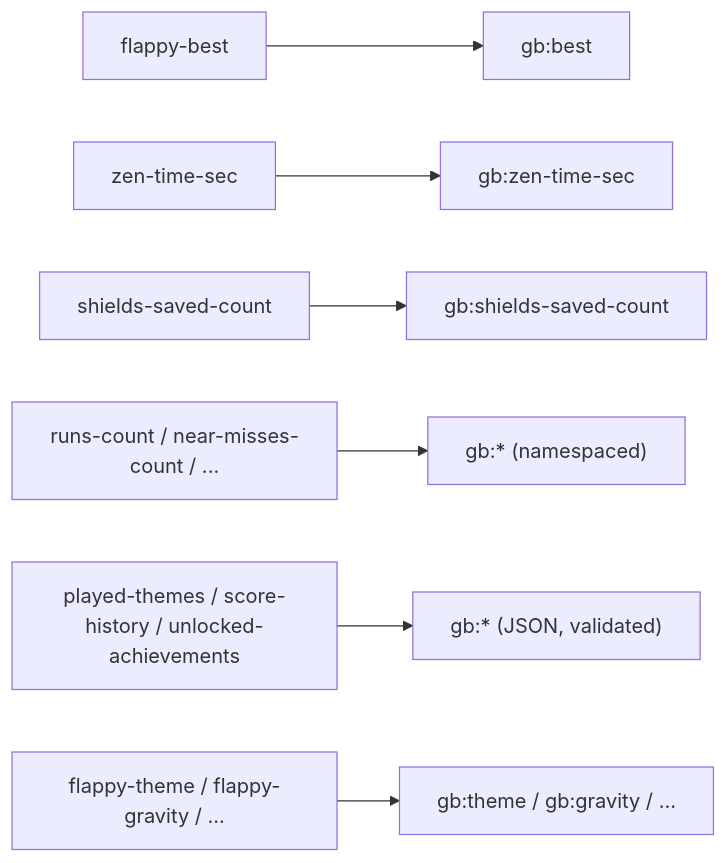
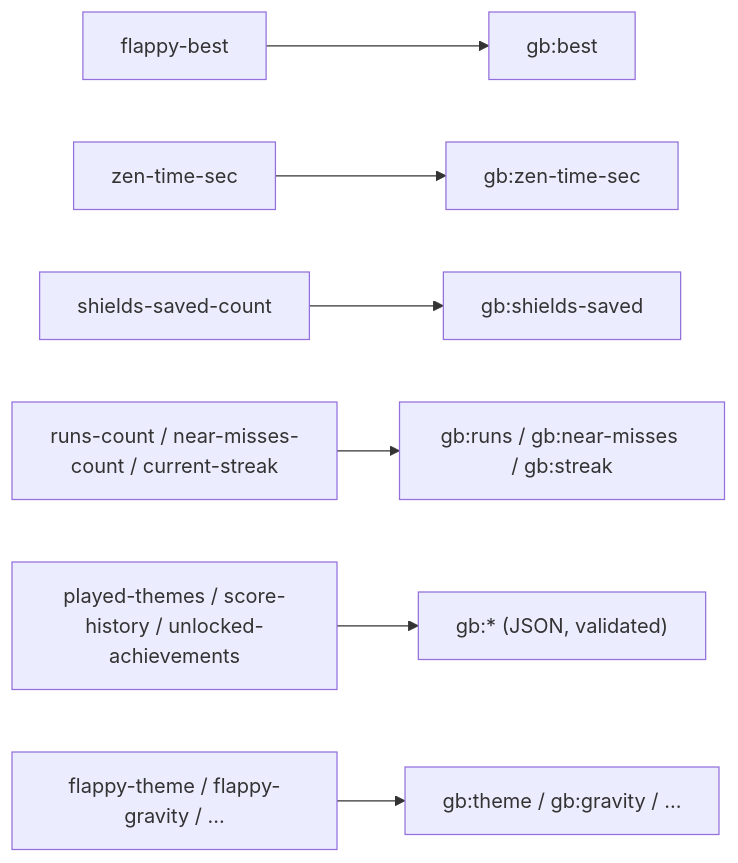
Before and after one commit to 0thernes/glidiebirdie: the second of 3 diagrams in docs/DATA-MODEL.md, drawn with Mermaid. The commit also changed other lines of this file and 36 other files, not shown here.

````diff
--- a/docs/DATA-MODEL.md
+++ b/docs/DATA-MODEL.md
@@ -112,9 +113,9 @@
 ```mermaid
 flowchart LR
   L1["flappy-best"] --> N1["gb:best"]
   L2["zen-time-sec"] --> N2["gb:zen-time-sec"]
-  L3["shields-saved-count"] --> N3["gb:shields-saved-count"]
-  L4["runs-count / near-misses-count / ..."] --> N4["gb:* (namespaced)"]
+  L3["shields-saved-count"] --> N3["gb:shields-saved"]
+  L4["runs-count / near-misses-count / current-streak"] --> N4["gb:runs / gb:near-misses / gb:streak"]
   L5["played-themes / score-history / unlocked-achievements"] --> N5["gb:* (JSON, validated)"]
   L6["flappy-theme / flappy-gravity / ..."] --> N6["gb:theme / gb:gravity / ..."]
 ```
````
